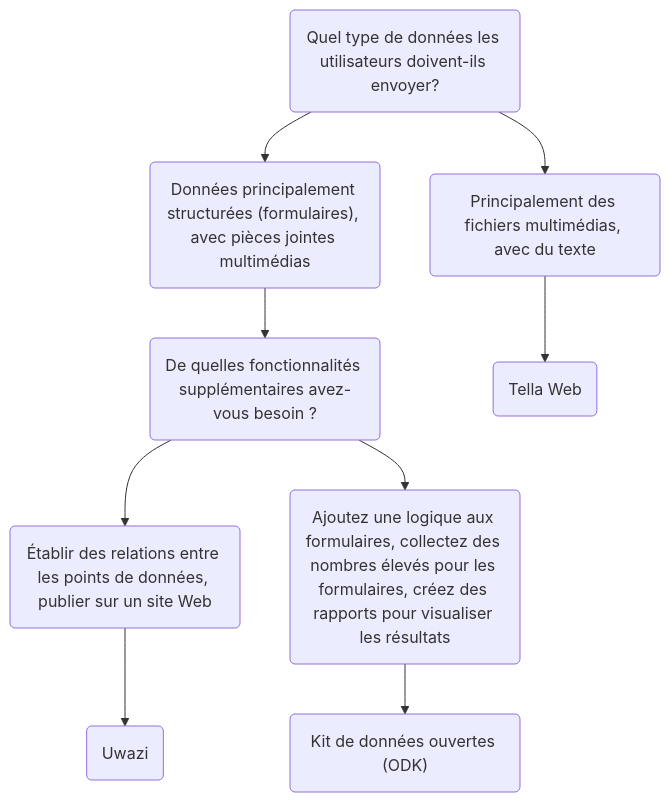
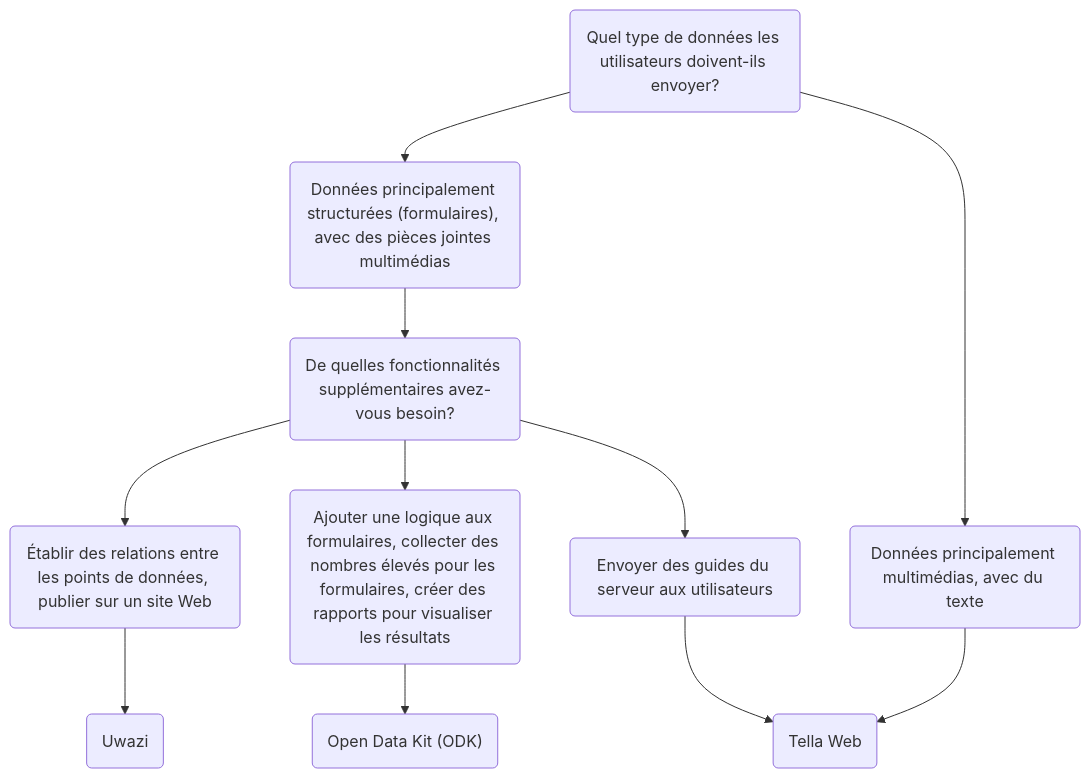
The diagram in i18n/fr/docusaurus-plugin-content-docs/current/For organizations/overview.md (Horizontal-org/Tella-website), drawn with Mermaid before and after one commit. The commit also changed other lines of this file and 19 other files, not shown here.

````diff
--- a/i18n/fr/docusaurus-plugin-content-docs/current/For organizations/overview.md
+++ b/i18n/fr/docusaurus-plugin-content-docs/current/For organizations/overview.md
@@ -27,11 +28,13 @@
 ```mermaid
 graph TD;
-    id1(Quel type de données les utilisateurs doivent-ils envoyer?) --> id2("Données principalement structurées (formulaires), avec pièces jointes multimédias");
-    id1 --> id3("Principalement des fichiers multimédias, avec du texte") ;
-    id2 --> id4("De quelles fonctionnalités supplémentaires avez-vous besoin ?");
+    id1(Quel type de données les utilisateurs doivent-ils envoyer?) --> id2("Données principalement structurées (formulaires), avec des pièces jointes multimédias");
+    id1 --> id3("Données principalement multimédias, avec du texte") ;
+    id2 --> id4("De quelles fonctionnalités supplémentaires avez-vous besoin?");
     id3 --> id5("Tella Web");
     id4 --> id6("Établir des relations entre les points de données, publier sur un site Web")
-    id4 --> id7("Ajoutez une logique aux formulaires, collectez des nombres élevés pour les formulaires, créez des rapports pour visualiser les résultats")
+    id4 --> id7("Ajouter une logique aux formulaires, collecter des nombres élevés pour les formulaires, créer des rapports pour visualiser les résultats")
+    id4 --> id10("Envoyer des guides du serveur aux utilisateurs")
     id6 --> id8("Uwazi")
-    id7 --> id9("Kit de données ouvertes (ODK)")
+    id7 --> id9("Open Data Kit (ODK)")
+    id10 -->id5
 ```
````
